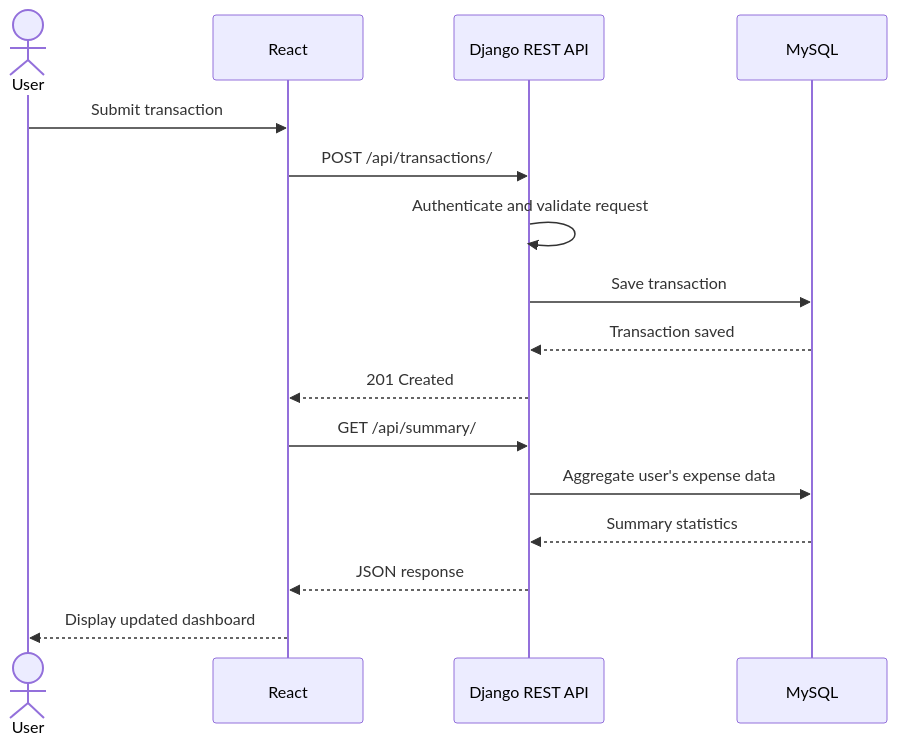
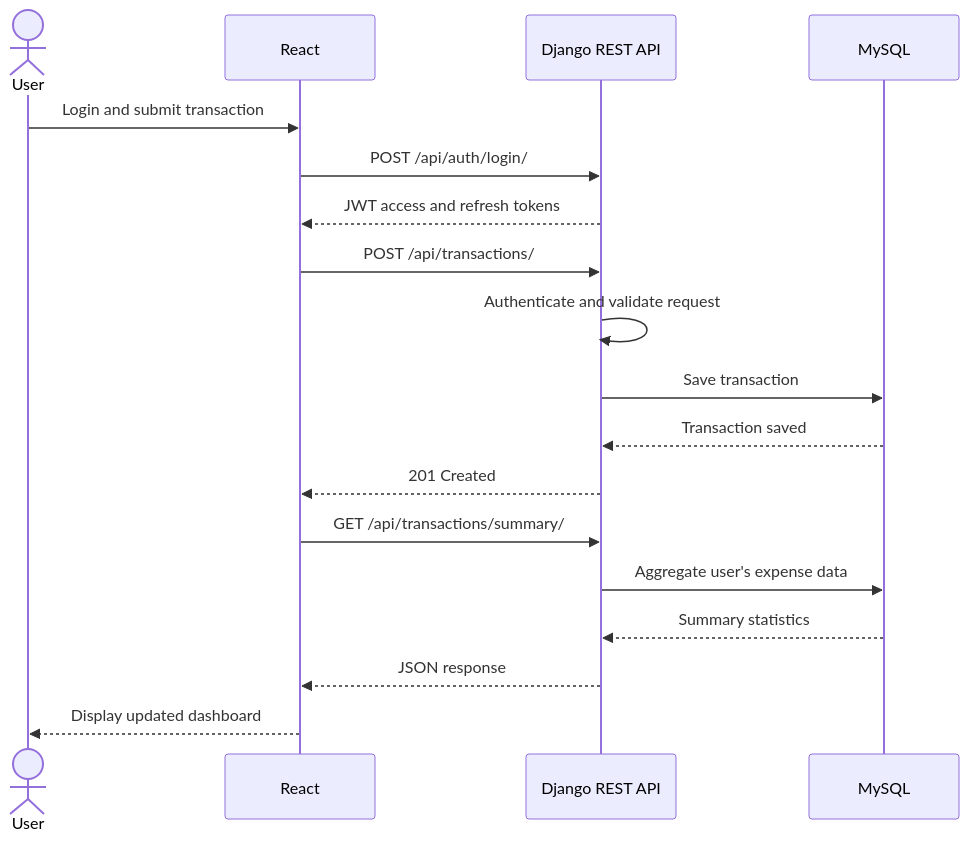
The third of 3 diagrams in README.md (schak04/personal-expense-tracker), drawn with Mermaid before and after one commit. The commit also changed other lines of this file, not shown here.

Commit message:
docs: update readme to match api contract and architecture

````diff
--- a/README.md
+++ b/README.md
@@ -93,19 +95,21 @@
 ```mermaid
 sequenceDiagram
     actor User
     participant React
     participant Django as Django REST API
     participant DB as MySQL
 
-    User->>React: Submit transaction
+    User->>React: Login and submit transaction
+    React->>Django: POST /api/auth/login/
+    Django-->>React: JWT access and refresh tokens
     React->>Django: POST /api/transactions/
     Django->>Django: Authenticate and validate request
     Django->>DB: Save transaction
     DB-->>Django: Transaction saved
     Django-->>React: 201 Created
-    React->>Django: GET /api/summary/
+    React->>Django: GET /api/transactions/summary/
     Django->>DB: Aggregate user's expense data
     DB-->>Django: Summary statistics
     Django-->>React: JSON response
     React-->>User: Display updated dashboard
 ```
````
